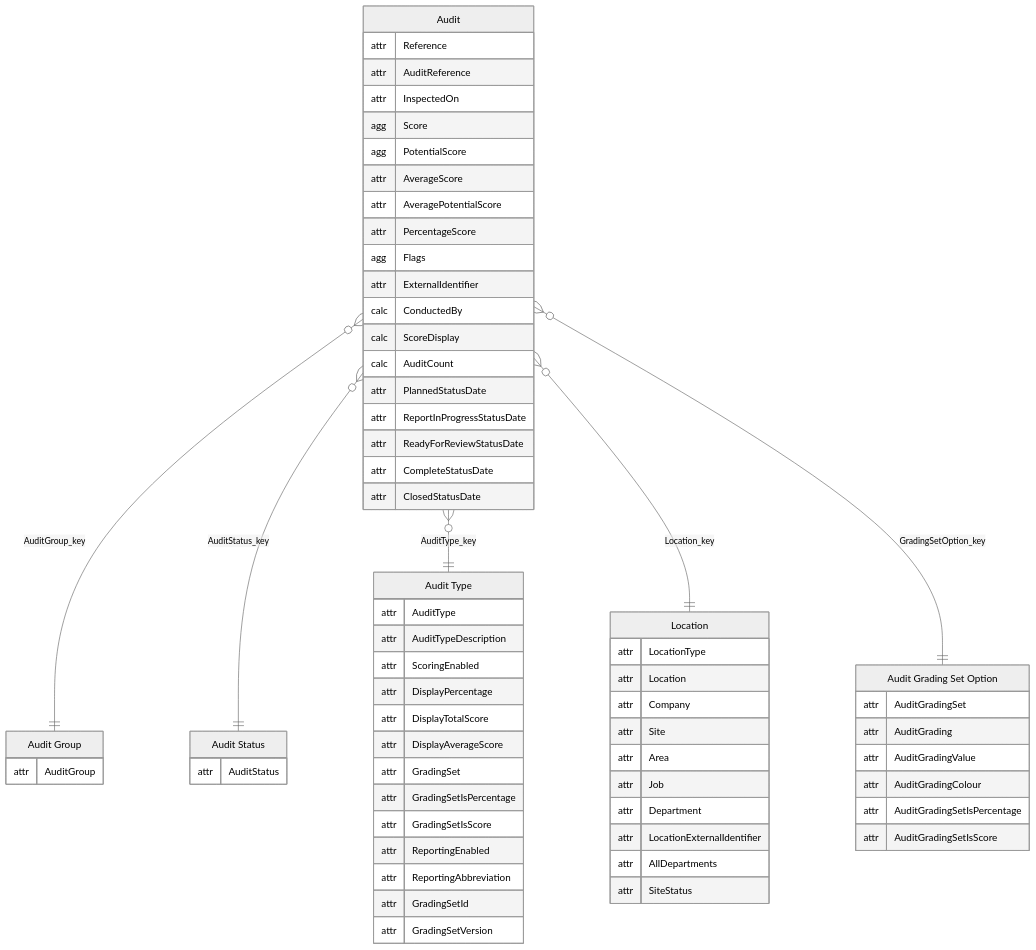
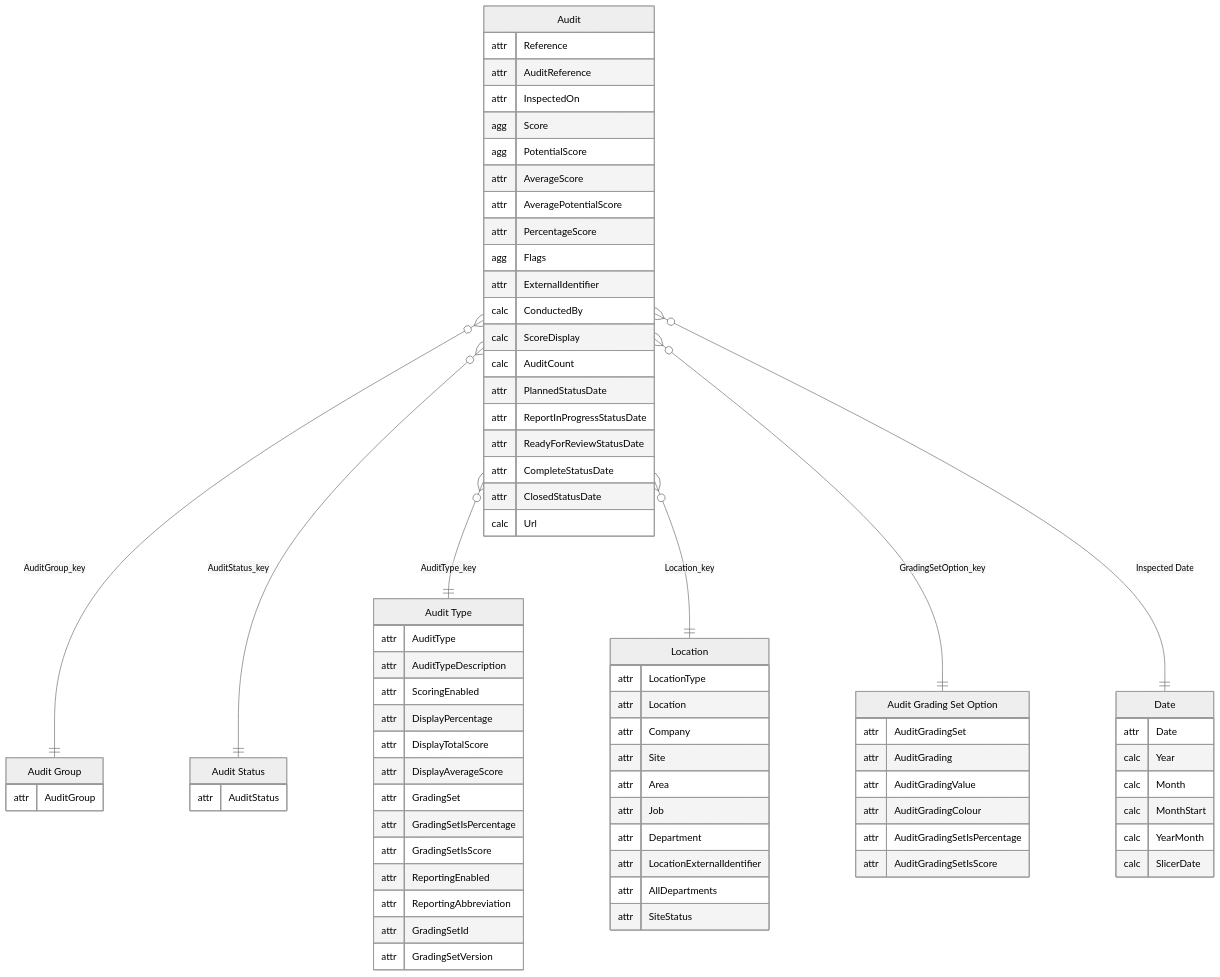
Before and after one commit to work-wallet/BIClient: the first of 11 diagrams in PowerBISamplesModels/Audits.md, drawn with Mermaid. The commit also changed other lines of this file and 816 other files, not shown here.

````diff
--- a/PowerBISamplesModels/Audits.md
+++ b/PowerBISamplesModels/Audits.md
@@ -29,6 +29,7 @@
         attr ReadyForReviewStatusDate
         attr CompleteStatusDate
         attr ClosedStatusDate
+        calc Url
     }
     "Audit Type" {
         attr AuditType
@@ -71,9 +72,18 @@
         attr AuditGradingSetIsPercentage
         attr AuditGradingSetIsScore
     }
+    "Date" {
+        attr Date
+        calc Year
+        calc Month
+        calc MonthStart
+        calc YearMonth
+        calc SlicerDate
+    }
     "Audit" }o--|| "Audit Group" : "AuditGroup_key"
     "Audit" }o--|| "Audit Status" : "AuditStatus_key"
     "Audit" }o--|| "Audit Type" : "AuditType_key"
     "Audit" }o--|| "Location" : "Location_key"
     "Audit" }o--|| "Audit Grading Set Option" : "GradingSetOption_key"
+    "Audit" }o--|| "Date" : "Inspected Date"
 ```
````
